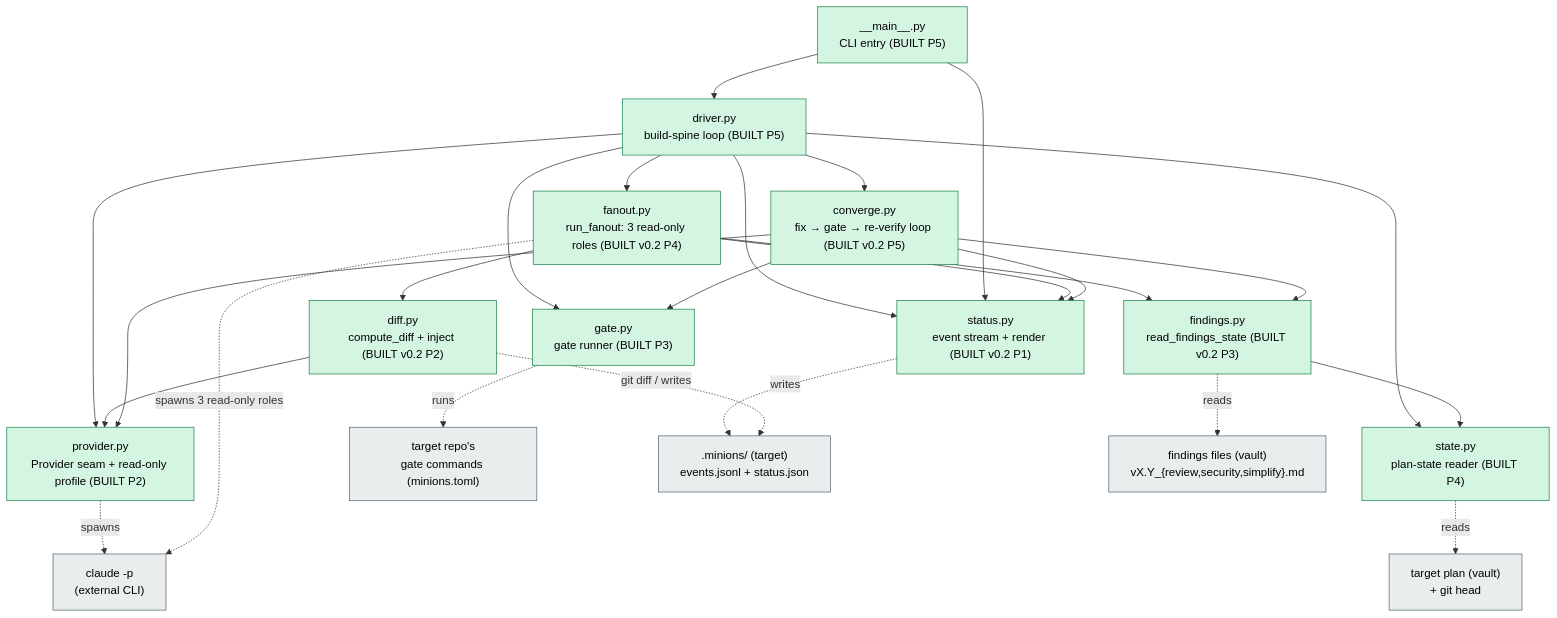
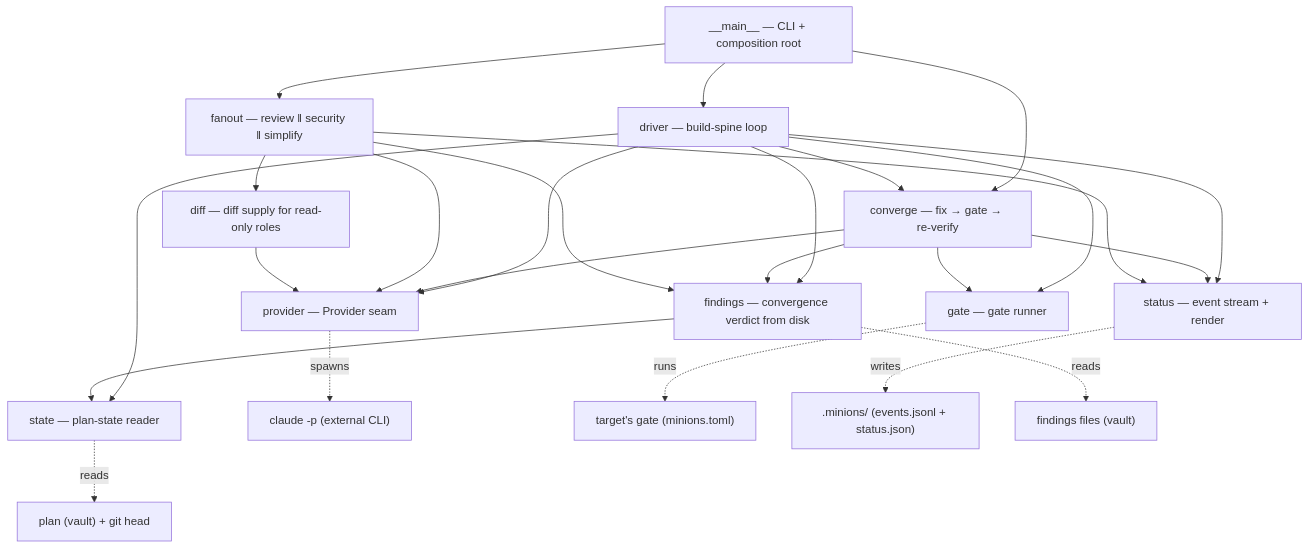
Before and after one commit to alxb1t/minionsfactory: the diagram in docs/architecture.md, drawn with Mermaid. The commit also changed other lines of this file and 21 other files, not shown here.

````diff
--- a/docs/architecture.md
+++ b/docs/architecture.md
@@ -59,43 +38,39 @@
 ```mermaid
 graph TD
-    main["__main__.py<br/>CLI entry (BUILT P5)"]:::built
-    driver["driver.py<br/>build-spine loop (BUILT P5)"]:::built
-    state["state.py<br/>plan-state reader (BUILT P4)"]:::built
-    gate["gate.py<br/>gate runner (BUILT P3)"]:::built
-    provider["provider.py<br/>Provider seam + read-only profile (BUILT P2)"]:::built
-    status["status.py<br/>event stream + render (BUILT v0.2 P1)"]:::built
-    diff["diff.py<br/>compute_diff + inject (BUILT v0.2 P2)"]:::built
-    findings["findings.py<br/>read_findings_state (BUILT v0.2 P3)"]:::built
-    fanout["fanout.py<br/>run_fanout: 3 read-only roles (BUILT v0.2 P4)"]:::built
-    converge["converge.py<br/>fix → gate → re-verify loop (BUILT v0.2 P5)"]:::built
+    main["__main__ — CLI + composition root"]
+    driver["driver — build-spine loop"]
+    converge["converge — fix → gate → re-verify"]
+    fanout["fanout — review ‖ security ‖ simplify"]
+    diff["diff — diff supply for read-only roles"]
+    findings["findings — convergence verdict from disk"]
+    state["state — plan-state reader"]
+    gate["gate — gate runner"]
+    provider["provider — Provider seam"]
+    status["status — event stream + render"]
 
     main --> driver
+    main --> converge
+    main --> fanout
+    driver --> converge
+    driver --> gate
     driver --> provider
-    driver --> gate
     driver --> state
     driver --> status
-    driver --> fanout
-    driver --> converge
-    main --> status
+    driver --> findings
+    converge --> provider
+    converge --> gate
+    converge --> findings
+    converge --> status
+    fanout --> diff
+    fanout --> findings
+    fanout --> provider
+    fanout --> status
     diff --> provider
     findings --> state
-    fanout --> diff
-    fanout --> findings
-    fanout --> status
-    converge --> findings
-    converge --> gate
-    converge --> provider
-    converge --> status
 
-    provider -. spawns .-> claude["claude -p<br/>(external CLI)"]:::external
-    gate -. runs .-> targetgate["target repo's<br/>gate commands (minions.toml)"]:::external
-    state -. reads .-> disk["target plan (vault)<br/>+ git head"]:::external
-    status -. writes .-> minions[".minions/ (target)<br/>events.jsonl + status.json"]:::external
-    diff -. git diff / writes .-> minions
-    findings -. reads .-> ff["findings files (vault)<br/>vX.Y_{review,security,simplify}.md"]:::external
-    fanout -. spawns 3 read-only roles .-> claude
-
-    classDef built fill:#d5f5e3,stroke:#1e8449,color:#000;
-    classDef planned fill:#fdebd0,stroke:#b9770e,color:#000,stroke-dasharray: 4 3;
-    classDef external fill:#eaeded,stroke:#566573,color:#000;
+    provider -. spawns .-> claude["claude -p (external CLI)"]
+    gate -. runs .-> targetgate["target's gate (minions.toml)"]
+    state -. reads .-> disk["plan (vault) + git head"]
+    status -. writes .-> minions[".minions/ (events.jsonl + status.json)"]
+    findings -. reads .-> ff["findings files (vault)"]
 ```
````
